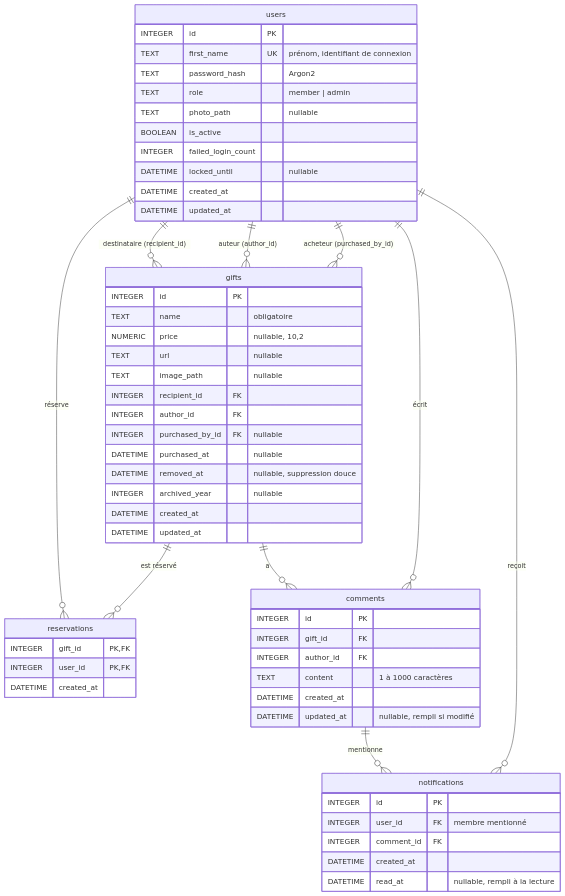
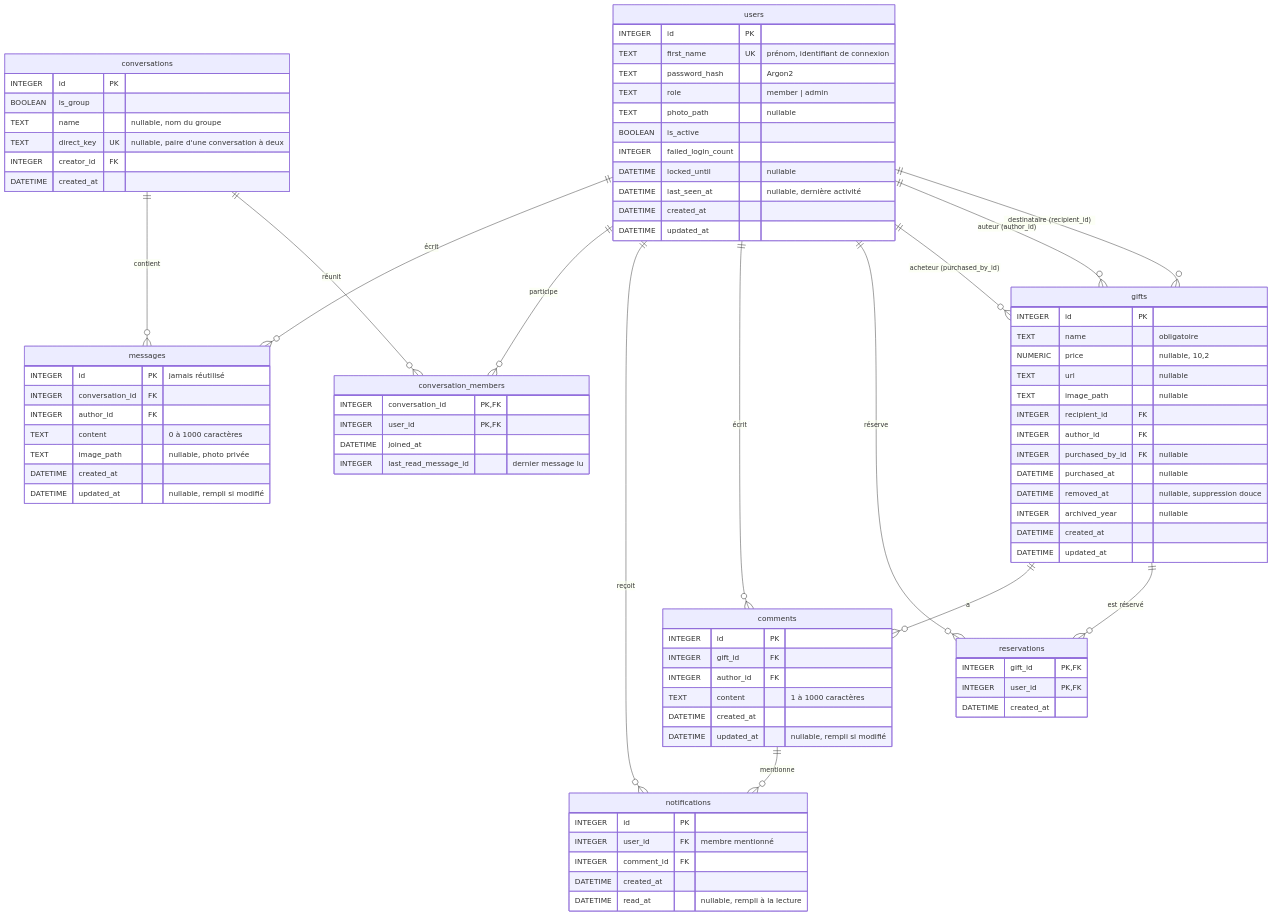
One commit to sogluk76/listeNoel changed the diagram in docs/03-modele-donnees.md. Above: the diagram before and after it, drawn with Mermaid. The commit also changed other lines of this file and 38 other files, not shown here.

````diff
--- a/docs/03-modele-donnees.md
+++ b/docs/03-modele-donnees.md
@@ -15,6 +15,10 @@
     users ||--o{ comments : "écrit"
     comments ||--o{ notifications : "mentionne"
     users ||--o{ notifications : "reçoit"
+    conversations ||--o{ conversation_members : "réunit"
+    users ||--o{ conversation_members : "participe"
+    conversations ||--o{ messages : "contient"
+    users ||--o{ messages : "écrit"
 
     users {
         INTEGER id PK
@@ -25,6 +29,7 @@
         BOOLEAN is_active
         INTEGER failed_login_count
         DATETIME locked_until "nullable"
+        DATETIME last_seen_at "nullable, dernière activité"
         DATETIME created_at
         DATETIME updated_at
     }
@@ -67,4 +72,30 @@
         DATETIME created_at
         DATETIME read_at "nullable, rempli à la lecture"
     }
+
+    conversations {
+        INTEGER id PK
+        BOOLEAN is_group
+        TEXT name "nullable, nom du groupe"
+        TEXT direct_key UK "nullable, paire d'une conversation à deux"
+        INTEGER creator_id FK
+        DATETIME created_at
+    }
+
+    conversation_members {
+        INTEGER conversation_id PK, FK
+        INTEGER user_id PK, FK
+        DATETIME joined_at
+        INTEGER last_read_message_id "dernier message lu"
+    }
+
+    messages {
+        INTEGER id PK "jamais réutilisé"
+        INTEGER conversation_id FK
+        INTEGER author_id FK
+        TEXT content "0 à 1000 caractères"
+        TEXT image_path "nullable, photo privée"
+        DATETIME created_at
+        DATETIME updated_at "nullable, rempli si modifié"
+    }
 ```
````
